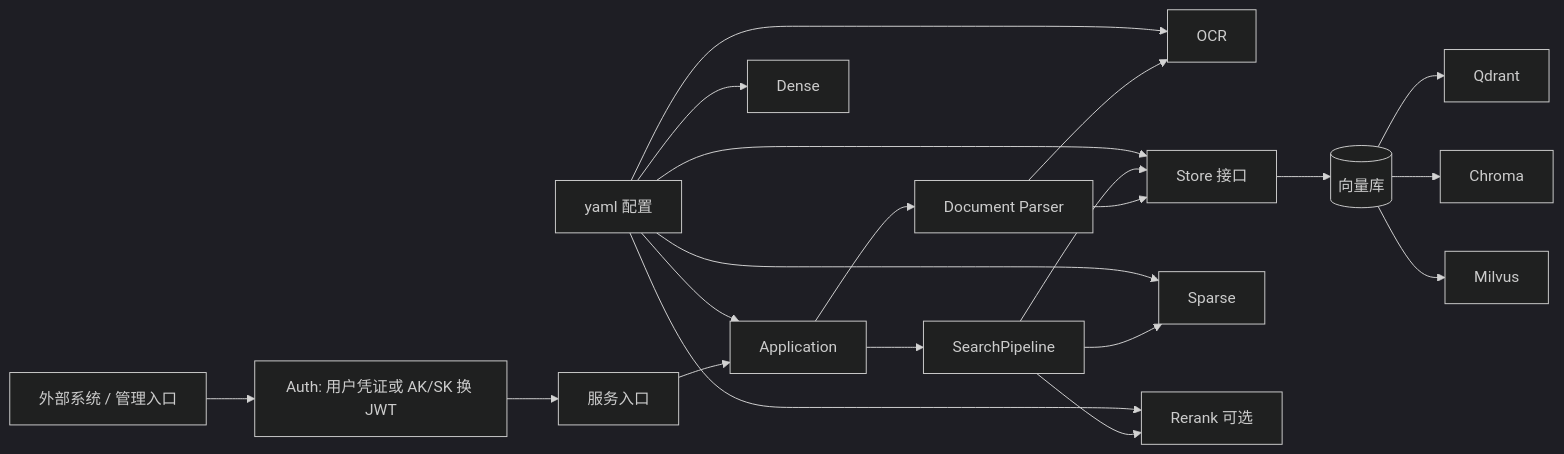
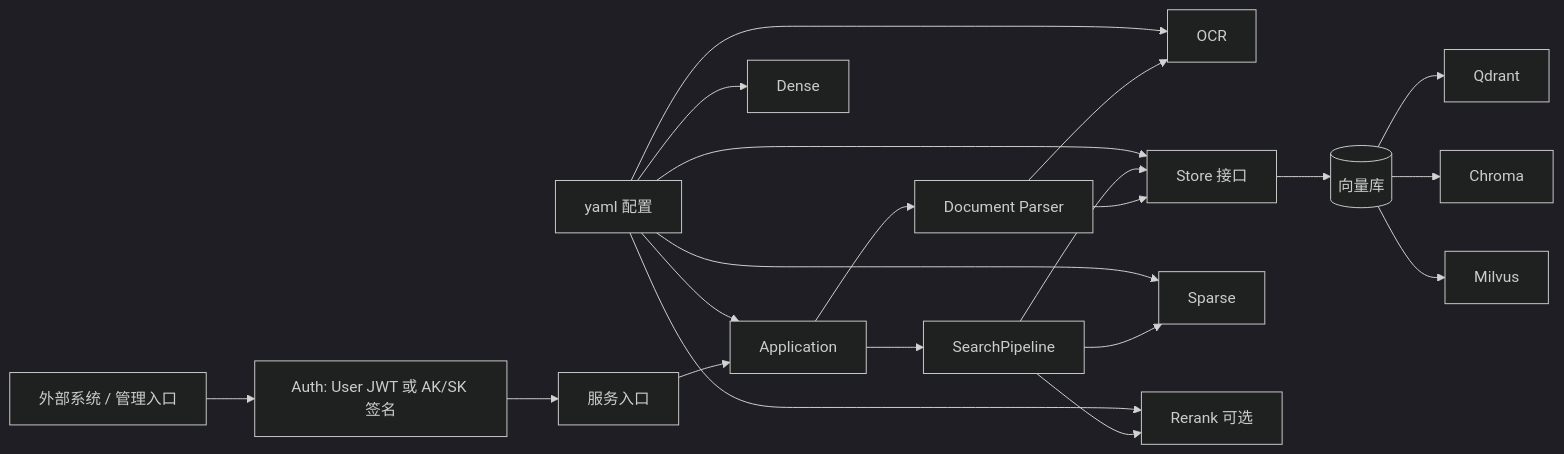
Before and after one commit to guobinqiu/new_brain: the first of 5 diagrams in docs/architecture.md, drawn with Mermaid (dark theme). The commit also changed other lines of this file and 83 other files, not shown here.

````diff
--- a/docs/architecture.md
+++ b/docs/architecture.md
@@ -54,27 +53,27 @@
 ```mermaid
 flowchart LR
-  Client["外部系统 / 管理入口"] --> Auth["Auth: 用户凭证或 AK/SK 换 JWT"]
+  Client["外部系统 / 管理入口"] --> Auth["Auth: User JWT 或 AK/SK 签名"]
   Auth --> Entry["服务入口"]
   Entry --> App["Application"]
   App --> Search["SearchPipeline"]
   App --> Parser["Document Parser"]
 
   Parser --> OCR["OCR"]
   Parser --> Store["Store 接口"]
 
   Search --> Store
   Search --> Sparse
   Search --> Rerank["Rerank 可选"]
 
   Store --> DB[("向量库")]
   DB --> Qdrant["Qdrant"]
   DB --> Chroma["Chroma"]
   DB --> Milvus["Milvus"]
 
   Config["yaml 配置"] --> App
   Config --> Dense
   Config --> Sparse
   Config --> Store
   Config --> Rerank
   Config --> OCR
 ```
````
